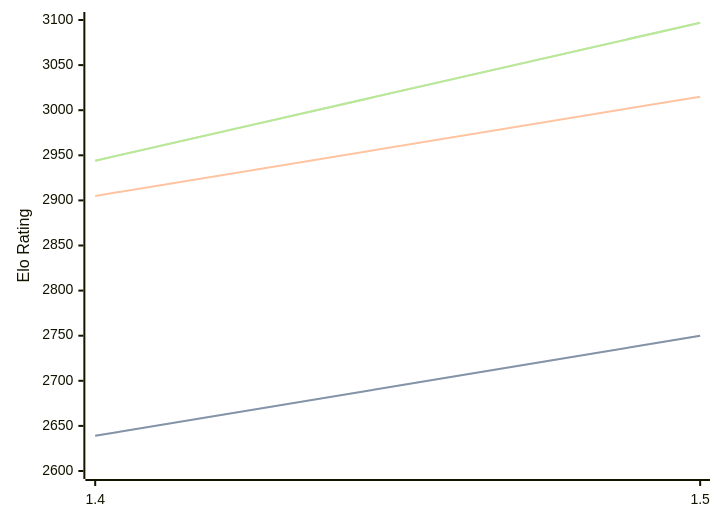
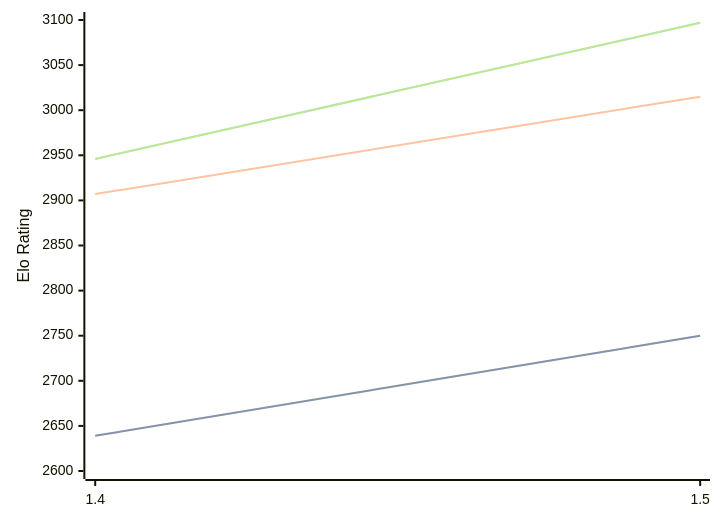
Before and after one commit to computer-chess-index/cci: the third of 3 diagrams in engines/Yakka.md, drawn with Mermaid. The commit also changed other lines of this file, not shown here.

Commit message:
Update CCI Ratings (ELO VLTC) - 2026-07-17

````diff
--- a/engines/Yakka.md
+++ b/engines/Yakka.md
@@ -69,11 +69,11 @@
 ```mermaid
 %%{init: {"theme":"base","themeVariables":{"seriesColors:['#a3a3a3','#222221','#faa371']}}}%%
 xychart-beta
   x-axis ["1.4", "1.5"]
   y-axis "Elo Rating" 2600 --> 3100
   line "STC (8.0+0.08s)" [2639, 2750]
   line "STC (8.0+0.08s)" [2639, 2750]
-  line "LTC (60.0+0.60s)" [2905, 3015]
-  line "VLTC (2m24s+1.12s)" [2944, 3097]
-  line "VLTC (2m24s+1.12s)" [2944, 3097]
+  line "LTC (60.0+0.60s)" [2907, 3015]
+  line "VLTC (2m24s+1.12s)" [2946, 3097]
+  line "VLTC (2m24s+1.12s)" [2946, 3097]
 ```
````
